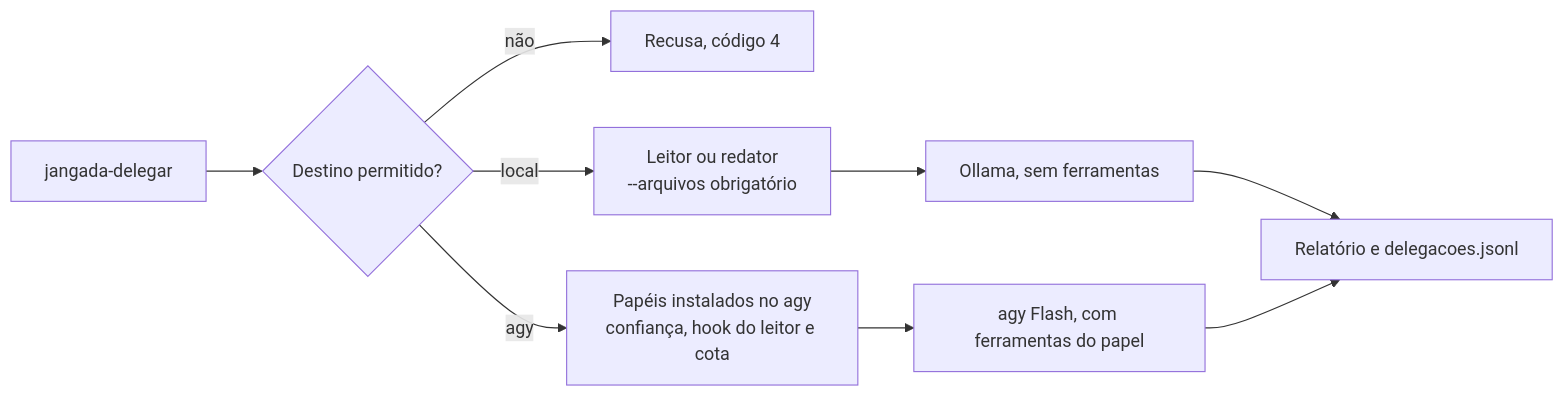
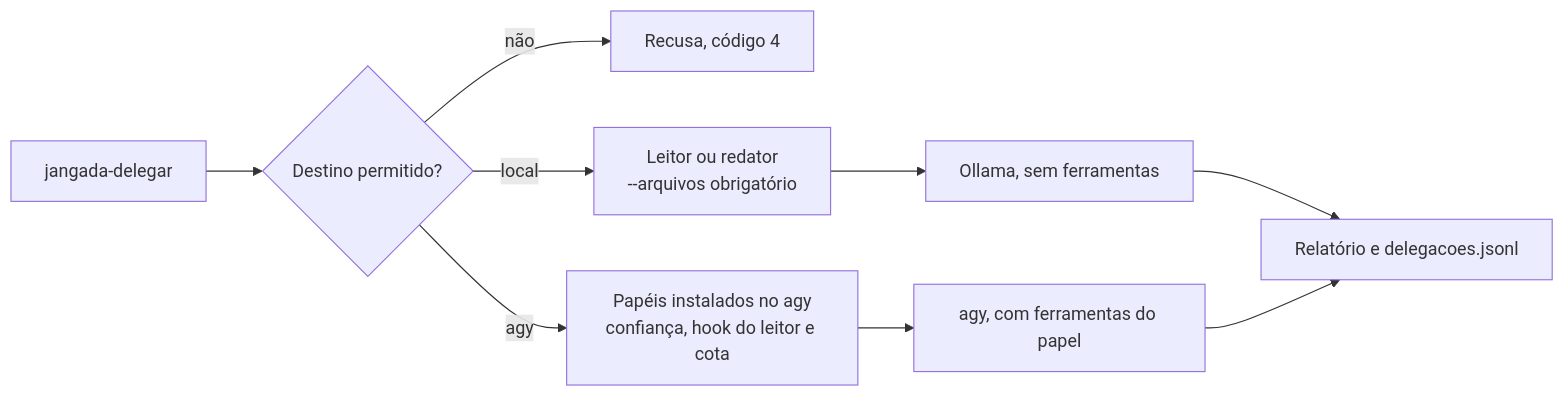
The third of 4 diagrams in docs/subagentes-e-delegacao.md (felipintoslv/jangada), drawn with Mermaid before and after one commit. The commit also changed other lines of this file and 6 other files, not shown here.

````diff
--- a/docs/subagentes-e-delegacao.md
+++ b/docs/subagentes-e-delegacao.md
@@ -191,11 +196,11 @@
 ```mermaid
 flowchart LR
     A[jangada-delegar] --> D{Destino permitido?}
     D -- não --> R[Recusa, código 4]
     D -- local --> L[Leitor ou redator<br>--arquivos obrigatório]
     L --> O[Ollama, sem ferramentas]
     D -- agy --> G[Papéis instalados no agy<br>confiança, hook do leitor e cota]
-    G --> F[agy Flash, com ferramentas do papel]
+    G --> F[agy, com ferramentas do papel]
     O --> J[Relatório e delegacoes.jsonl]
     F --> J
 ```
````
